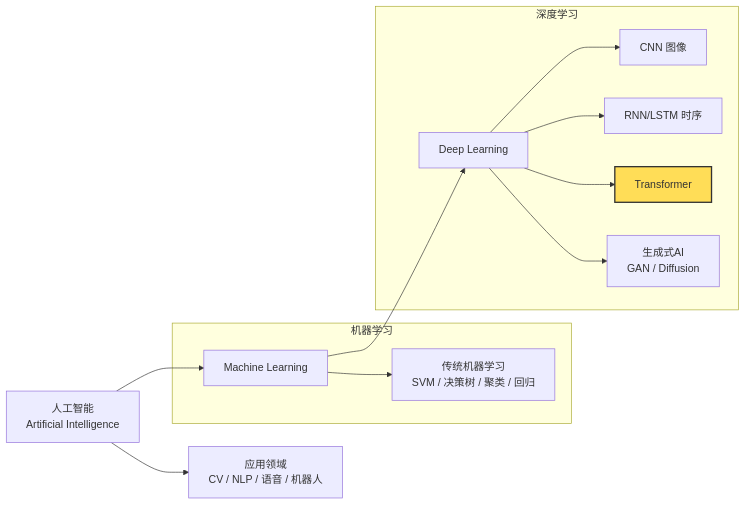
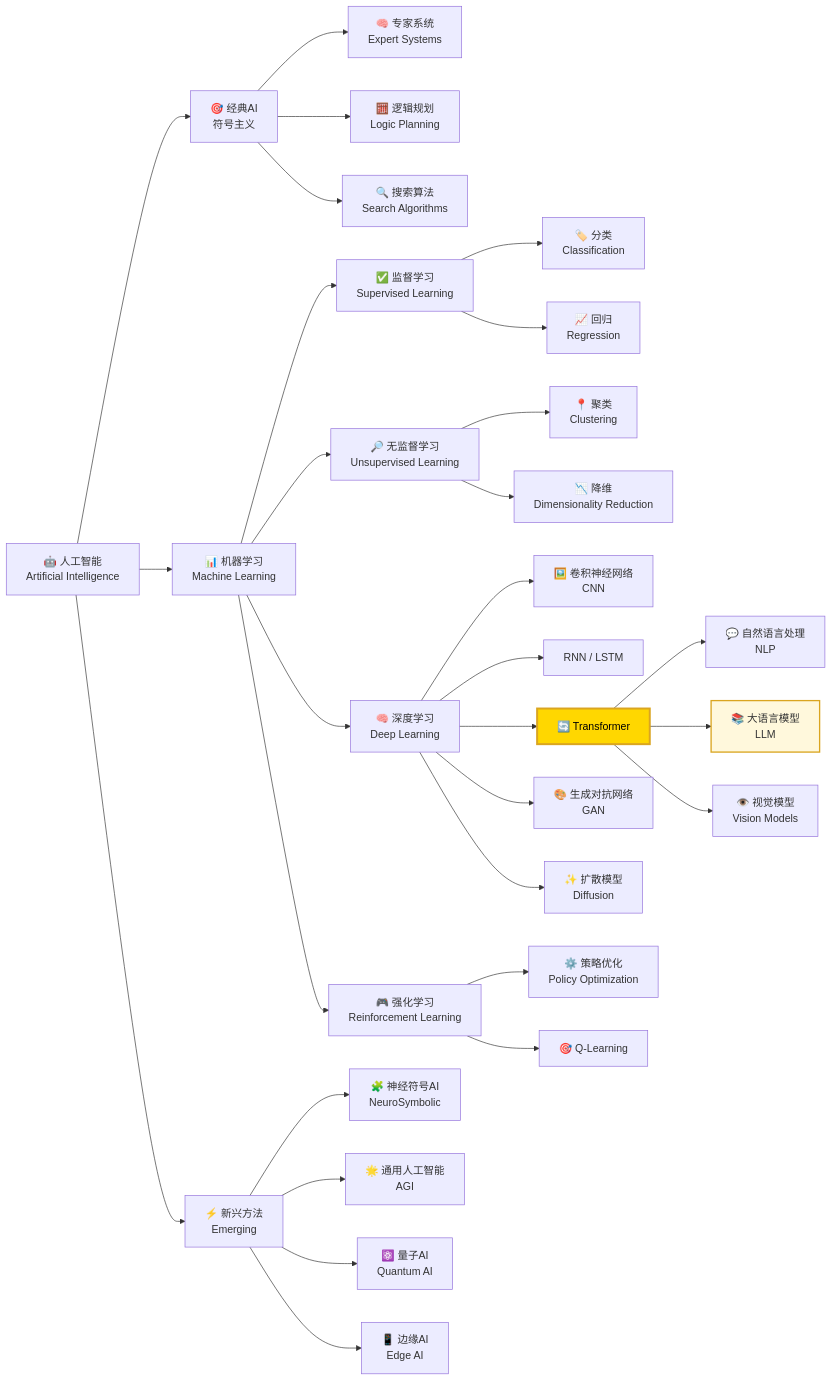
Before and after one commit to techunder/posts: the diagram in content/docs/ai-agent/1-about-llm.md, drawn with Mermaid. The commit also changed other lines of this file and 6 other files, not shown here.

````diff
--- a/content/docs/ai-agent/1-about-llm.md
+++ b/content/docs/ai-agent/1-about-llm.md
@@ -21,30 +23,45 @@
 ```mermaid
 graph LR
-    AI[人工智能<br/>Artificial Intelligence]
-    
-    subgraph 机器学习
-        ML[Machine Learning]
-        TRAD[传统机器学习<br/>SVM / 决策树 / 聚类 / 回归]
-    end
-    
-    subgraph 深度学习
-        DL[Deep Learning]
-        CNN[CNN 图像]
-        RNN[RNN/LSTM 时序]
-        TRANS[Transformer]
-        GEN[生成式AI<br/>GAN / Diffusion]
-    end
-    
-    APP[应用领域<br/>CV / NLP / 语音 / 机器人]
+    AI[🤖 人工智能<br>Artificial Intelligence]
 
-    AI --> ML
-    ML --> TRAD
-    ML --> DL
-    DL --> CNN
-    DL --> RNN
-    DL --> TRANS
-    DL --> GEN
-    AI --> APP
+    AI --> Classical[🎯 经典AI<br>符号主义]
+    AI --> ML[📊 机器学习<br>Machine Learning]
+    AI --> Emerging[⚡ 新兴方法<br>Emerging]
 
-    style TRANS fill:#ffdd57,stroke:#333,stroke-width:2px
+    Classical --> ExpertSystems[🧠 专家系统<br>Expert Systems]
+    Classical --> Logic[🧮 逻辑规划<br>Logic Planning]
+    Classical --> Search[🔍 搜索算法<br>Search Algorithms]
+
+    ML --> Supervised[✅ 监督学习<br>Supervised Learning]
+    ML --> Unsupervised[🔎 无监督学习<br>Unsupervised Learning]
+    ML --> RL[🎮 强化学习<br>Reinforcement Learning]
+    ML --> DL[🧠 深度学习<br>Deep Learning]
+
+    Supervised --> Classification[🏷️ 分类<br>Classification]
+    Supervised --> Regression[📈 回归<br>Regression]
+
+    Unsupervised --> Clustering[📍 聚类<br>Clustering]
+    Unsupervised --> DimReduce[📉 降维<br>Dimensionality Reduction]
+
+    DL --> CNN[🖼️ 卷积神经网络<br>CNN]
+    DL --> RNN[ RNN / LSTM]
+    DL --> Transformer[🔄 Transformer]
+    DL --> GAN[🎨 生成对抗网络<br>GAN]
+    DL --> Diffusion[✨ 扩散模型<br>Diffusion]
+
+    Transformer --> NLP[💬 自然语言处理<br>NLP]
+    Transformer --> LLM[📚 大语言模型<br>LLM]
+    Transformer --> Vision[👁️ 视觉模型<br>Vision Models]
+
+    RL --> PolicyOpt[⚙️ 策略优化<br>Policy Optimization]
+    RL --> Q-Learning[🎯 Q-Learning]
+
+    Emerging --> NeuroSymbolic[🧩 神经符号AI<br>NeuroSymbolic]
+    Emerging --> AGI[🌟 通用人工智能<br>AGI]
+    Emerging --> Quantum[⚛️ 量子AI<br>Quantum AI]
+    Emerging --> EdgeAI[📱 边缘AI<br>Edge AI]
+
+    %% 高亮 Transformer
+    style Transformer fill:#FFD700,stroke:#DAA520,stroke-width:3px,color:#000
+    style LLM fill:#FFF8DC,stroke:#DAA520,stroke-width:2px
 ```
````
